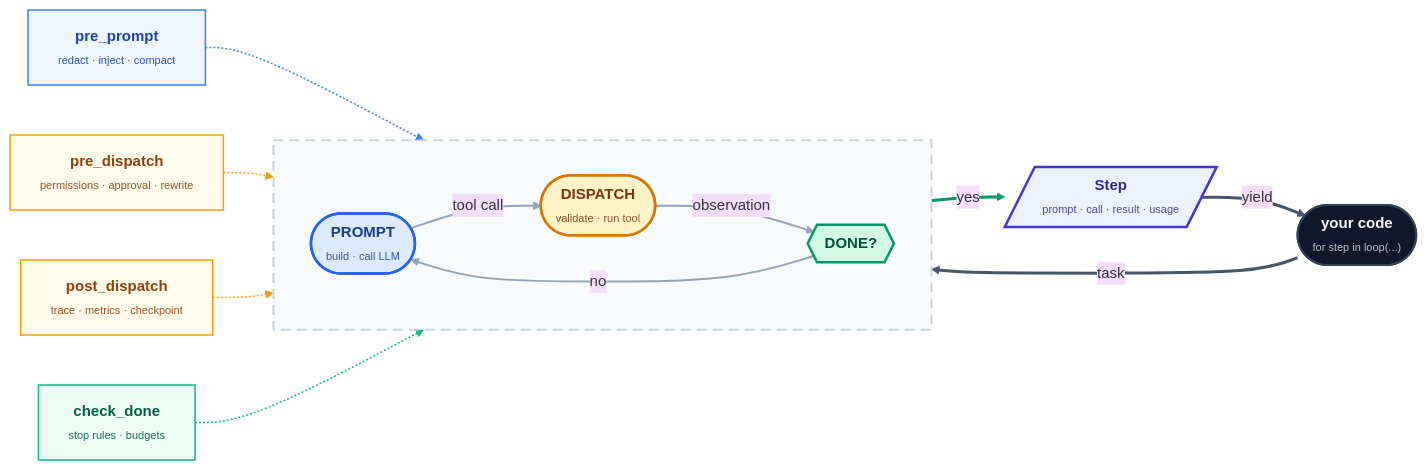
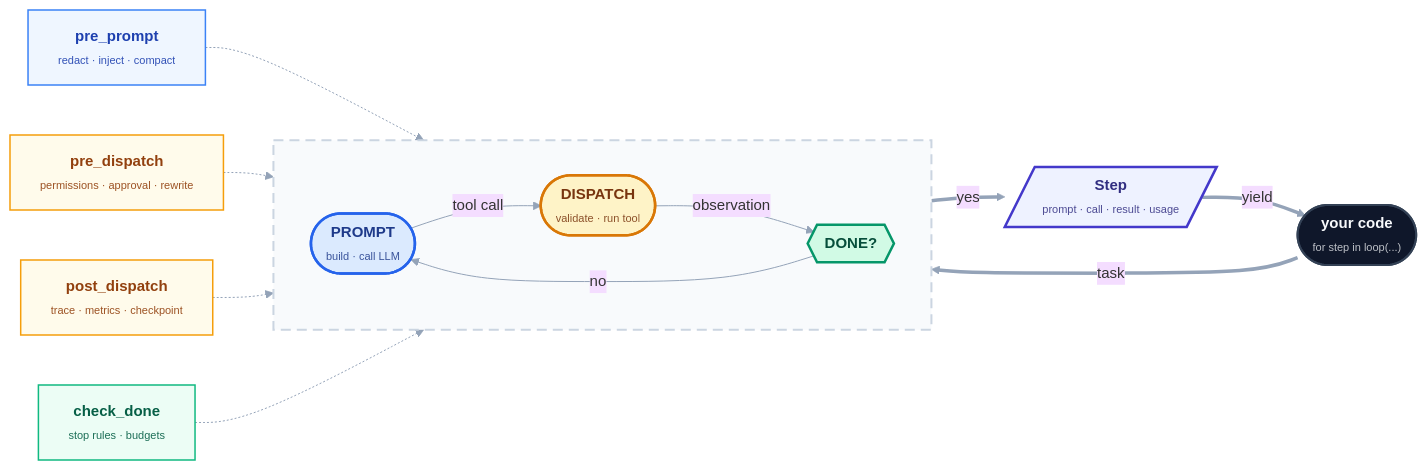
The diagram in README.md (hsaghir/looplet), drawn with Mermaid before and after one commit. The commit also changed other lines of this file and 4 other files, not shown here.

````diff
--- a/README.md
+++ b/README.md
@@ -180,55 +51,41 @@
 ```mermaid
-%%{init: {"theme":"base","themeVariables":{
-  "fontFamily":"ui-sans-serif, system-ui, -apple-system, Segoe UI, Roboto, sans-serif",
-  "fontSize":"15px",
-  "lineColor":"#94a3b8"
-}}}%%
+%%{init: {"theme":"base","themeVariables":{"fontFamily":"ui-sans-serif, system-ui, sans-serif","fontSize":"15px","lineColor":"#94a3b8"}}}%%
 flowchart LR
     you(["<b>your code</b><br/><span style='font-size:11px;opacity:.75'>for&nbsp;step&nbsp;in&nbsp;loop(...)</span>"]):::you
 
     h1["<b>pre_prompt</b><br/><span style='font-size:11px;opacity:.9'>redact&nbsp;·&nbsp;inject&nbsp;·&nbsp;compact</span>"]:::hookBlue
     h2["<b>pre_dispatch</b><br/><span style='font-size:11px;opacity:.9'>permissions&nbsp;·&nbsp;approval&nbsp;·&nbsp;rewrite</span>"]:::hookAmber
     h3["<b>post_dispatch</b><br/><span style='font-size:11px;opacity:.9'>trace&nbsp;·&nbsp;metrics&nbsp;·&nbsp;checkpoint</span>"]:::hookAmber
     h4["<b>check_done</b><br/><span style='font-size:11px;opacity:.9'>stop&nbsp;rules&nbsp;·&nbsp;budgets</span>"]:::hookGreen
 
     subgraph loop[" "]
       direction LR
       prompt(["<b>PROMPT</b><br/><span style='font-size:11px;opacity:.85'>build&nbsp;·&nbsp;call&nbsp;LLM</span>"]):::phaseBlue
       dispatch(["<b>DISPATCH</b><br/><span style='font-size:11px;opacity:.85'>validate&nbsp;·&nbsp;run&nbsp;tool</span>"]):::phaseAmber
       done{{"<b>DONE?</b>"}}:::phaseGreen
       prompt -- "tool call" --> dispatch
       dispatch -- "observation" --> done
       done -- "no" --> prompt
     end
 
     step[/"<b>Step</b><br/><span style='font-size:11px;opacity:.85'>prompt&nbsp;·&nbsp;call&nbsp;·&nbsp;result&nbsp;·&nbsp;usage</span>"/]:::step
 
     you == "task" ==> prompt
     done == "yes" ==> step
     step == "yield" ==> you
 
     h1 -.-> prompt
     h2 -.-> dispatch
     h3 -.-> dispatch
     h4 -.-> done
 
-    linkStyle 0,1,2 stroke:#94a3b8,stroke-width:2px
-    linkStyle 3 stroke:#475569,stroke-width:3px
-    linkStyle 4 stroke:#059669,stroke-width:3px
-    linkStyle 5 stroke:#475569,stroke-width:3px
-    linkStyle 6 stroke:#3b82f6,stroke-width:1.5px
-    linkStyle 7 stroke:#f59e0b,stroke-width:1.5px
-    linkStyle 8 stroke:#f59e0b,stroke-width:1.5px
-    linkStyle 9 stroke:#10b981,stroke-width:1.5px
-
     classDef you        fill:#0f172a,stroke:#334155,stroke-width:2px,color:#f8fafc;
     classDef phaseBlue  fill:#dbeafe,stroke:#2563eb,stroke-width:2.5px,color:#1e3a8a;
     classDef phaseAmber fill:#fef3c7,stroke:#d97706,stroke-width:2.5px,color:#78350f;
     classDef phaseGreen fill:#d1fae5,stroke:#059669,stroke-width:2.5px,color:#064e3b;
     classDef step       fill:#eef2ff,stroke:#4338ca,stroke-width:2.5px,color:#312e81;
     classDef hookBlue   fill:#eff6ff,stroke:#3b82f6,stroke-width:1.5px,color:#1e40af;
     classDef hookAmber  fill:#fffbeb,stroke:#f59e0b,stroke-width:1.5px,color:#92400e;
     classDef hookGreen  fill:#ecfdf5,stroke:#10b981,stroke-width:1.5px,color:#065f46;
-
     style loop fill:#f8fafc,stroke:#cbd5e1,stroke-width:2px,stroke-dasharray:10 6,color:#1e293b;
 ```
````
